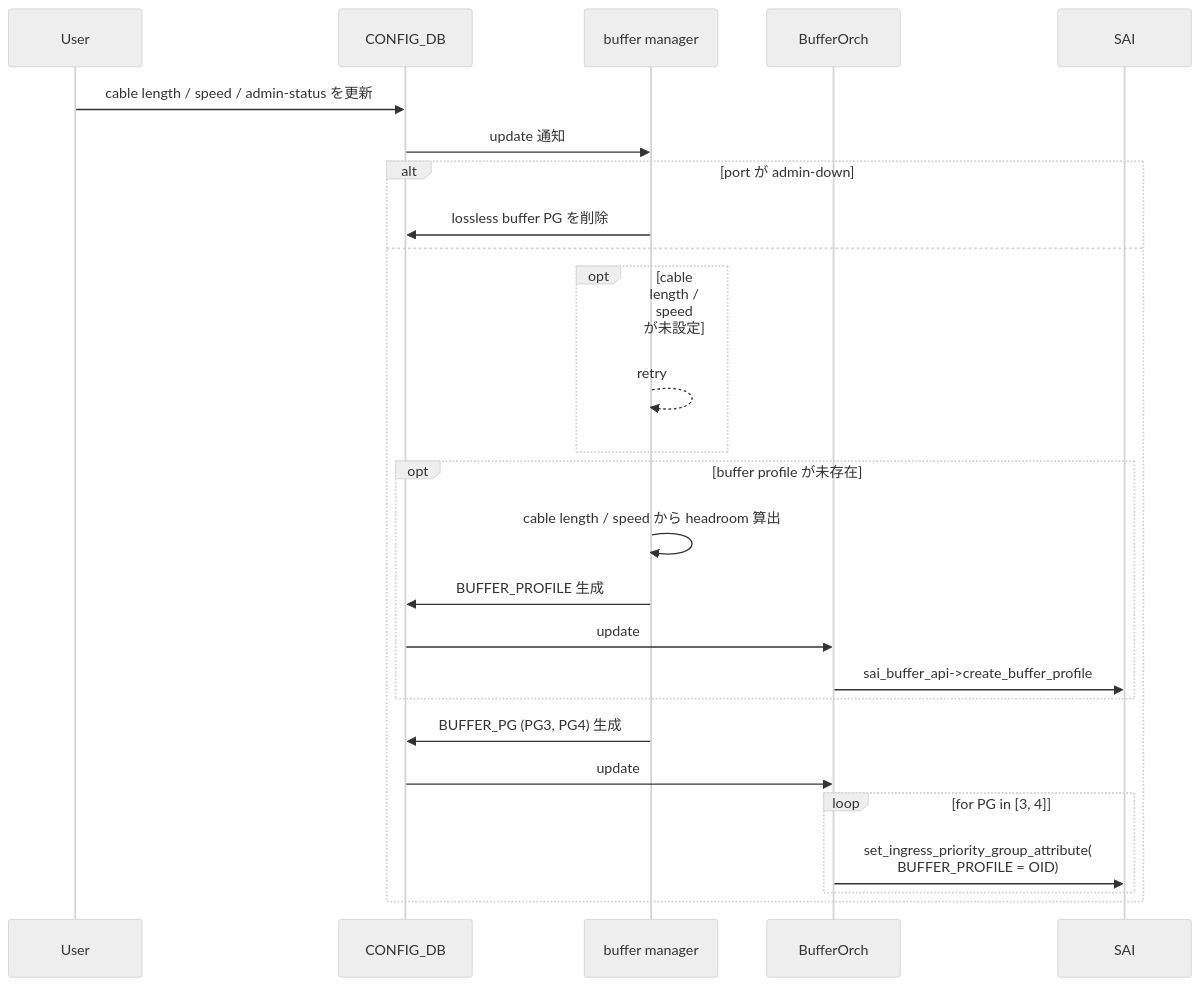
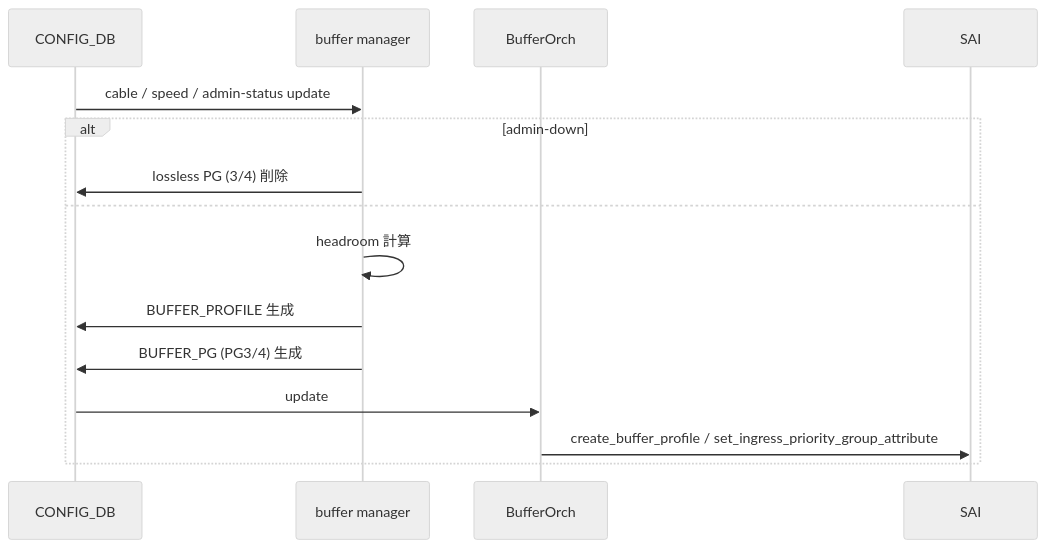
One commit to aoki-taquan/sonic-unofficial-docs changed the second of 4 diagrams in docs/acl-qos/reclaim-reserved-buffer-sequence-flow.md. Above: the diagram before and after it, drawn with Mermaid (neutral theme). The commit also changed other lines of this file and 10 other files, not shown here.

````diff
--- a/docs/acl-qos/reclaim-reserved-buffer-sequence-flow.md
+++ b/docs/acl-qos/reclaim-reserved-buffer-sequence-flow.md
@@ -92,28 +69,17 @@
 ```mermaid
 sequenceDiagram
-    participant User
     participant DB as CONFIG_DB
     participant BM as buffer manager
     participant BO as BufferOrch
     participant SAI
-    User->>DB: cable length / speed / admin-status を更新
-    DB->>BM: update 通知
-    alt port が admin-down
-        BM->>DB: lossless buffer PG を削除
+    DB->>BM: cable / speed / admin-status update
+    alt admin-down
+        BM->>DB: lossless PG (3/4) 削除
     else
-        opt cable length / speed が未設定
-            BM-->>BM: retry
-        end
-        opt buffer profile が未存在
-            BM->>BM: cable length / speed から headroom 算出
-            BM->>DB: BUFFER_PROFILE 生成
-            DB->>BO: update
-            BO->>SAI: sai_buffer_api->create_buffer_profile
-        end
-        BM->>DB: BUFFER_PG (PG3, PG4) 生成
+        BM->>BM: headroom 計算
+        BM->>DB: BUFFER_PROFILE 生成
+        BM->>DB: BUFFER_PG (PG3/4) 生成
         DB->>BO: update
-        loop for PG in [3, 4]
-            BO->>SAI: set_ingress_priority_group_attribute(<br/>BUFFER_PROFILE = OID)
-        end
+        BO->>SAI: create_buffer_profile / set_ingress_priority_group_attribute
     end
 ```
````
